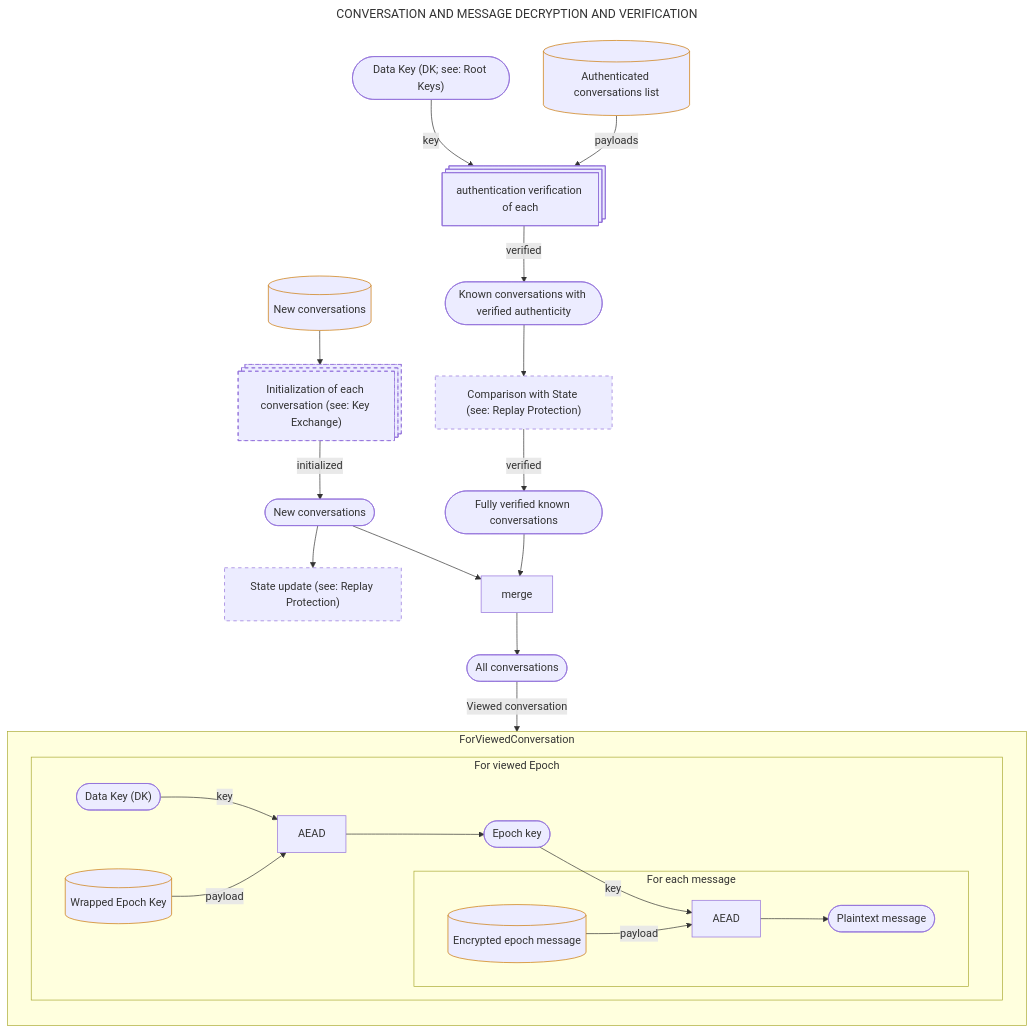
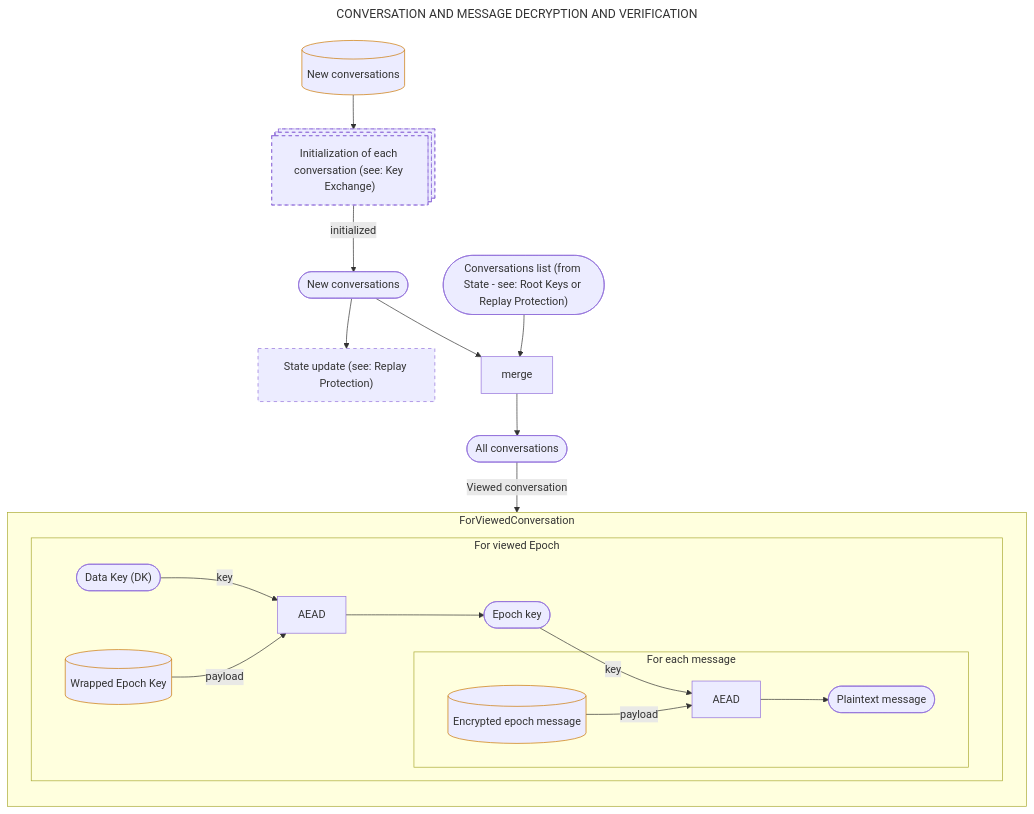
The diagram in crypto-protocol/conversations-and-messages.mmd (noIdeaForTheUsername/chat), drawn with Mermaid before and after one commit. The commit also changed 4 other files, not shown here.

Commit message:
simplified replay protection (crypto)

```diff
--- a/crypto-protocol/conversations-and-messages.mmd
+++ b/crypto-protocol/conversations-and-messages.mmd
@@ -1,81 +1,52 @@
 ---
 title: CONVERSATION AND MESSAGE DECRYPTION AND VERIFICATION
 ---
 %% Made in Mermaid (https://mermaid.live)
 %% ORANGE border means server-side storage and WHITE border means client-only access (the diagrams broke when they were split into 2 subgraphs)
 flowchart TB
   classDef dashed stroke-dasharray: 5 5
   classDef serverStored stroke:#C70
 
-  dk(["Data Key (DK; see: Root Keys)"])
+  %% dk(["Data Key (DK; see: Root Keys)"])
+  %% Known conversations
+  %% authedKnownConvs[("Conversations list (from State - see: Root Keys and Replay Protection)")]
+  %% dk -->|key| knownConvsAuthVerif@{shape: processes, label: "authentication verification of each"}
+  %% authedKnownConvs -->|payloads| knownConvsAuthVerif
+  %% knownConvsAuthVerif -->|verified| halfVerifiedKnownConvs(["Known conversations with verified authenticity"])
+  %% halfVerifiedKnownConvs --> knownConvsStateVerif["Comparison with State (see: Replay Protection)"]
+  %% class knownConvsStateVerif dashed
+  %% knownConvsStateVerif -->|verified|
 
-  %% Known conversations
-  authedKnownConvs[("Authenticated conversations list")]
-  class authedKnownConvs serverStored
-  dk -->|key| knownConvsAuthVerif@{shape: processes, label: "authentication verification of each"}
-  authedKnownConvs -->|payloads| knownConvsAuthVerif
-  knownConvsAuthVerif -->|verified| halfVerifiedKnownConvs(["Known conversations with verified authenticity"])
-  halfVerifiedKnownConvs --> knownConvsStateVerif["Comparison with State (see: Replay Protection)"]
-  class knownConvsStateVerif dashed
-  knownConvsStateVerif -->|verified| knownConvs(["Fully verified known conversations"])
+  knownConvs(["Conversations list (from State - see: Root Keys or Replay Protection)"])
 
   %% New conversations
   newConvs[("New conversations")] --> newConvsInit@{shape: processes, label: "Initialization of each conversation (see: Key Exchange)"}
   class newConvs serverStored
   class newConvsInit dashed
   newConvsInit -->|initialized| initializedNewConvs(["New conversations"])
   initializedNewConvs --> updateState["State update (see: Replay Protection)"]
   class updateState dashed
 
   initializedNewConvs --> mergeConvs["merge"]
   knownConvs --> mergeConvs
   
   mergeConvs --> allConvs(["All conversations"])
   allConvs -->|Viewed conversation| ForViewedConversation
 
-
-  %% authedConvsAmount[("Authenthicated amount of known conversations")] -->|payload| convsAmountAuth
-  %% class authedConvsAmount serverStored
-  %% dek1 -->|key| convsAmountAuth["auth verification"]
-  %% convsAmountAuth --> knownConvsAmount(["Expected amount of known conversations"])
-
-  %% dek1 -->|key| knownConvsAuth@{ shape: processes, label: "auth verification of each Conversation" }
-  %% authedConvs[("List of known authenticated conversations")] -->|payloads| knownConvsAuth
-  %% class authedConvs serverStored
-  %% knownConvsAuth --> knownConvs(["Known conversations"])
-
-  %% knownConvsAmount -->|expected| amountCompare["amount verification"]
-  %% knownConvs -->|actual| amountCompare
-  %% amountCompare -->|verified| verifiedKnownConvs(["Known conversations"])
-
-  %% newConversations[("New conversations")] --> initNewConvs@{shape: processes, label: "Initialization and verification of new conversations (details in other docs)"}
-  %% class newConversations serverStored
-  %% class initNewConvs dashed
-  %% initNewConvs -->|new convs| mergeConvs["Merge"]
-  %% verifiedKnownConvs -->|known convs| mergeConvs
-  %% mergeConvs --> allConvs(["All conversations"])
-
-  %% allConvs -->|Viewed conversation| ForViewedConversation
-  
-  %%convListAuth -->|verified| convList("`
-  %% User conversations state list. Authenthicated part includes:
-  %%  - conversationId
-  %%  - epoch amount
-  %%  - latest seen message number`")
   
   subgraph ForViewedConversation
     direction TB
     
     subgraph "For viewed Epoch"
       dk2(["Data Key (DK)"]) -->|key| epochKeyAead["AEAD"]
       wrappedEpochKey[("Wrapped Epoch Key")] -->|payload| epochKeyAead
       class wrappedEpochKey serverStored
       epochKeyAead --> epochKey(["Epoch key"])
       epochKey -->|key| msgAead["AEAD"]
       subgraph "For each message"
         encMsg[("Encrypted epoch message")] -->|payload| msgAead
         class encMsg serverStored
         msgAead --> plainMsg(["Plaintext message"])
       end
     end
   end
```
